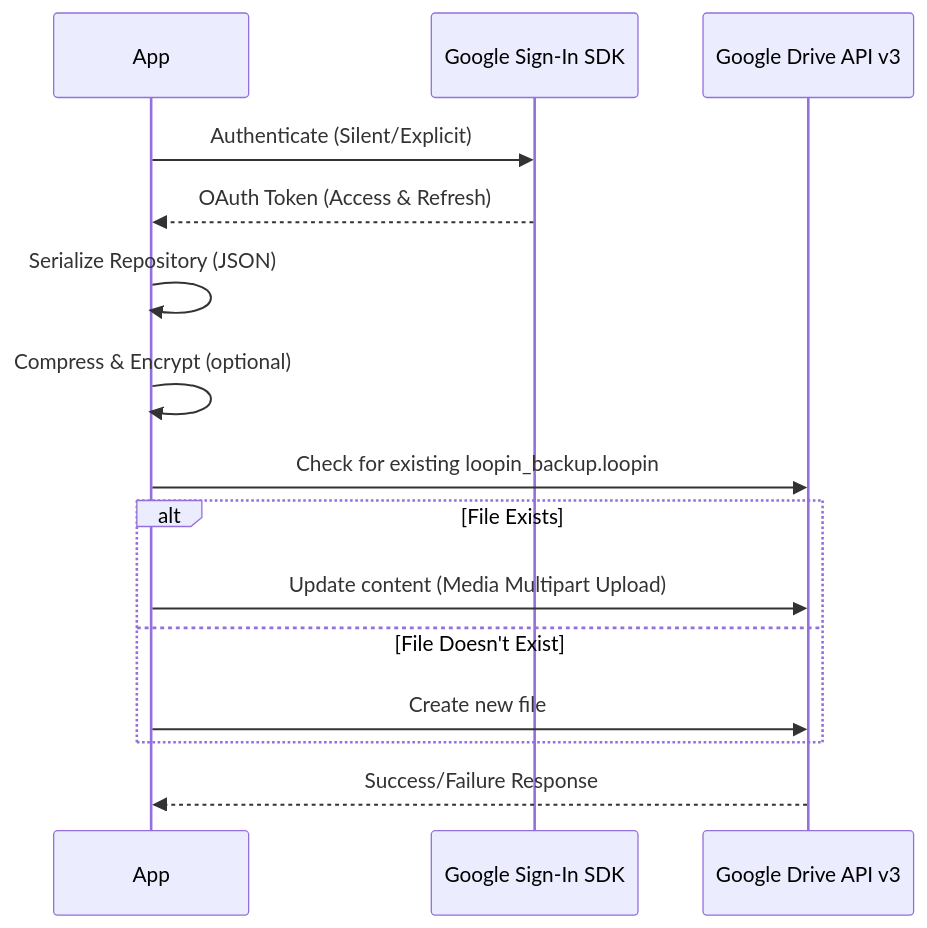
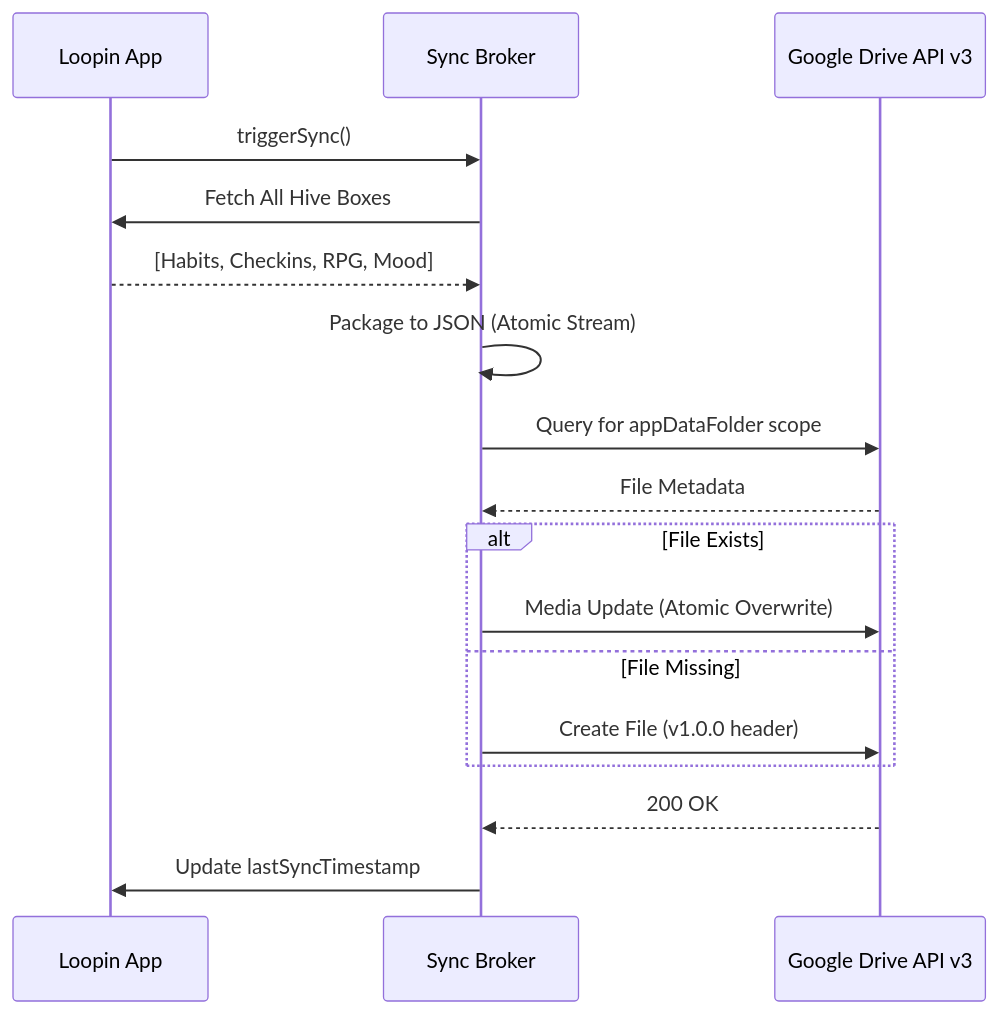
The diagram in ARCHITECTURE.md (maisachinsharmahu/Loopin-Showcase), drawn with Mermaid before and after one commit. The commit also changed other lines of this file and 1 other file, not shown here.

Commit message:
upgrade: redesign showcase with executive-grade documentation and system architecture

````diff
--- a/ARCHITECTURE.md
+++ b/ARCHITECTURE.md
@@ -78,21 +42,24 @@
 ```mermaid
 sequenceDiagram
-    participant App
-    participant GSignIn as Google Sign-In SDK
+    participant App as Loopin App
+    participant Broker as Sync Broker
     participant GDrive as Google Drive API v3
     
-    App->>GSignIn: Authenticate (Silent/Explicit)
-    GSignIn-->>App: OAuth Token (Access & Refresh)
+    App->>Broker: triggerSync()
+    Broker->>App: Fetch All Hive Boxes
+    App-->>Broker: [Habits, Checkins, RPG, Mood]
     
-    App->>App: Serialize Repository (JSON)
-    App->>App: Compress & Encrypt (optional)
+    Broker->>Broker: Package to JSON (Atomic Stream)
     
-    App->>GDrive: Check for existing loopin_backup.loopin
+    Broker->>GDrive: Query for appDataFolder scope
+    GDrive-->>Broker: File Metadata
+    
     alt File Exists
-        App->>GDrive: Update content (Media Multipart Upload)
-    else File Doesn't Exist
-        App->>GDrive: Create new file
+        Broker->>GDrive: Media Update (Atomic Overwrite)
+    else File Missing
+        Broker->>GDrive: Create File (v1.0.0 header)
     end
     
-    GDrive-->>App: Success/Failure Response
+    GDrive-->>Broker: 200 OK
+    Broker->>App: Update lastSyncTimestamp
 ```
````
